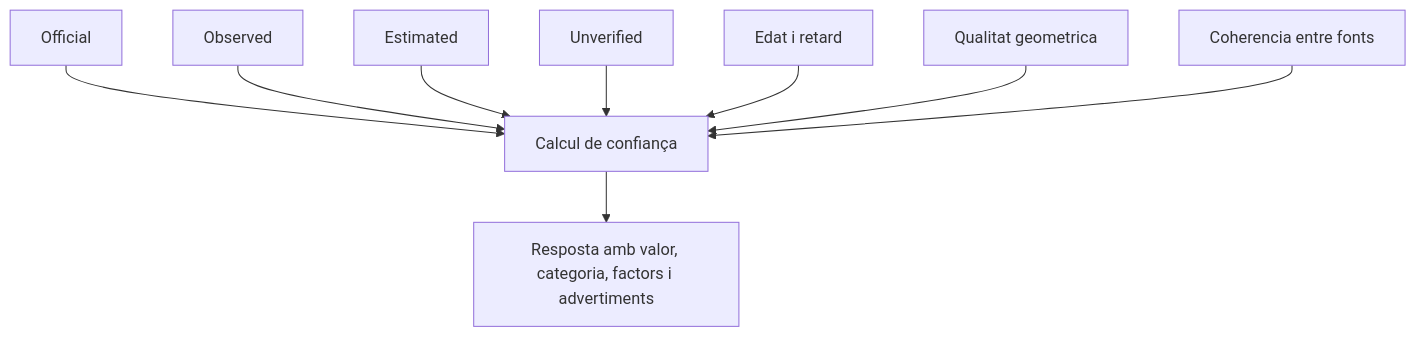
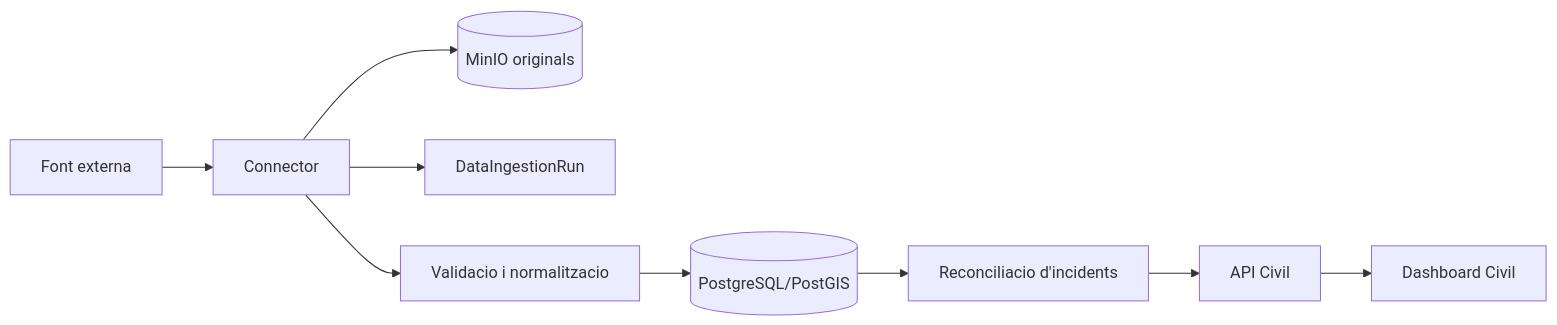
Before and after one commit to PabloCalomardo/Incendis_Forestals: the diagram in docs/architecture/data-flow.md, drawn with Mermaid. The commit also changed other lines of this file and 71 other files, not shown here.

````diff
--- a/docs/architecture/data-flow.md
+++ b/docs/architecture/data-flow.md
@@ -55,11 +5,11 @@
 ```mermaid
-flowchart TD
-    official[Official] --> confidence[Calcul de confiança]
-    observed[Observed] --> confidence
-    estimated[Estimated] --> confidence
-    unverified[Unverified] --> confidence
-    age[Edat i retard] --> confidence
-    geometry[Qualitat geometrica] --> confidence
-    agreement[Coherencia entre fonts] --> confidence
-    confidence --> response[Resposta amb valor, categoria, factors i advertiments]
+flowchart LR
+    source[Font externa] --> connector[Connector]
+    connector --> raw[(MinIO originals)]
+    connector --> run[DataIngestionRun]
+    connector --> normalize[Validacio i normalitzacio]
+    normalize --> db[(PostgreSQL/PostGIS)]
+    db --> reconcile[Reconciliacio d'incidents]
+    reconcile --> api[API Civil]
+    api --> ui[Dashboard Civil]
 ```
````
